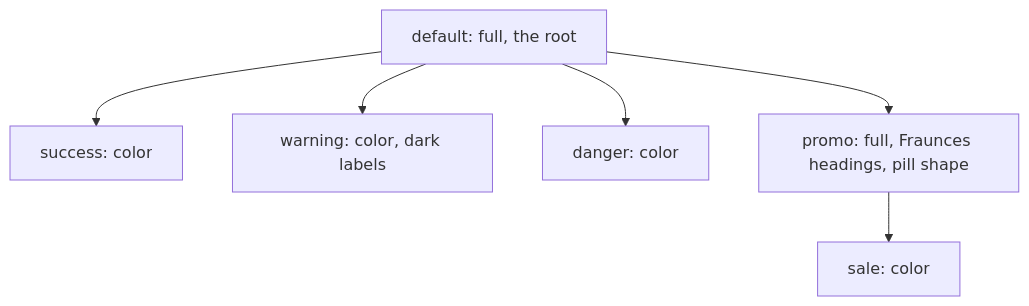
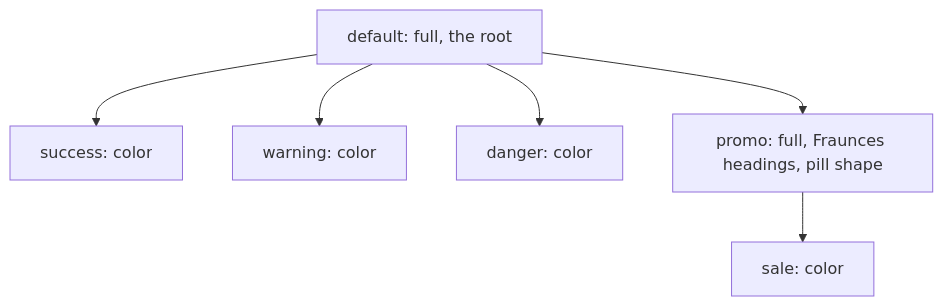
Before and after one commit to method-run/idk-themetron: the diagram in examples/README.md, drawn with Mermaid. The commit also changed other lines of this file and 13 other files, not shown here.

````diff
--- a/examples/README.md
+++ b/examples/README.md
@@ -19,8 +19,8 @@
 ```mermaid
 flowchart TD
   default[default: full, the root] --> success[success: color]
-  default --> warning[warning: color, dark labels]
+  default --> warning[warning: color]
   default --> danger[danger: color]
   default --> promo[promo: full, Fraunces headings, pill shape]
   promo --> sale[sale: color]
 ```
````
